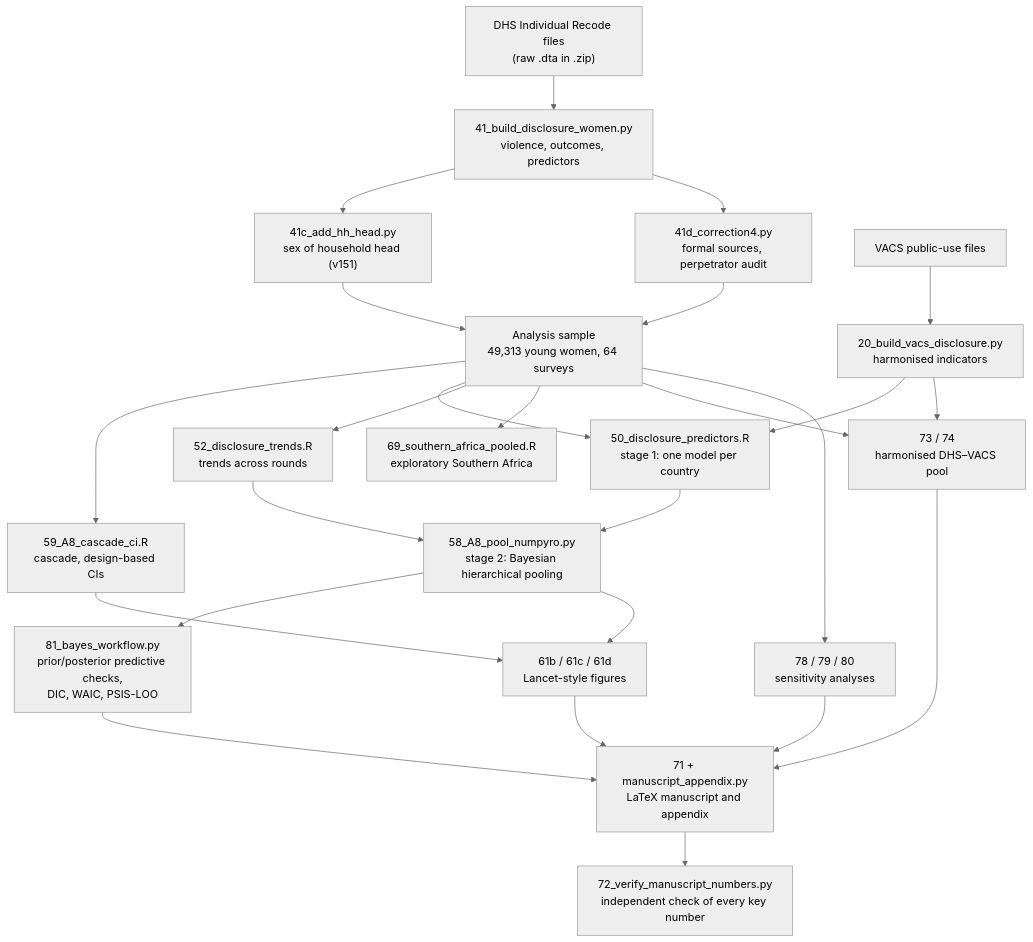
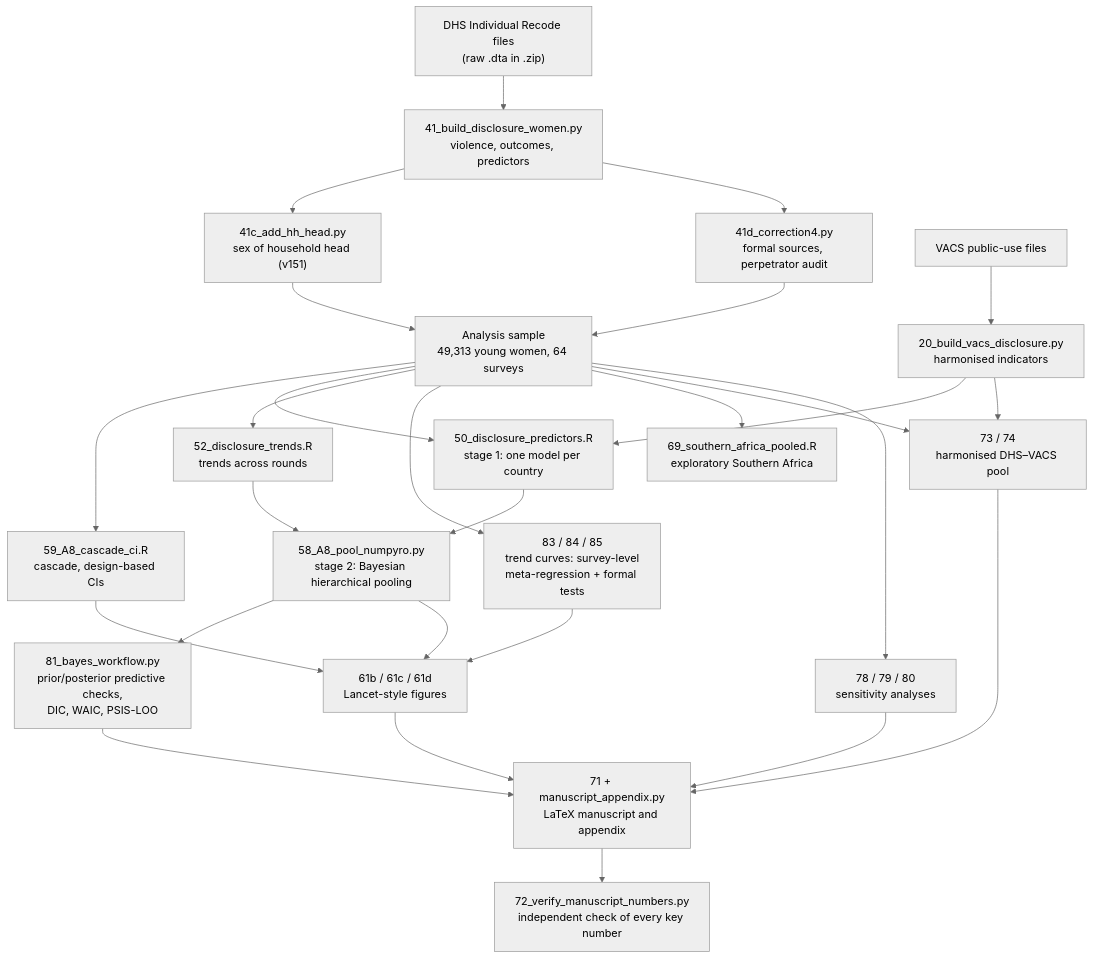
Before and after one commit to teklesam/disclosure-help-seeking-africa: the first of 3 diagrams in README.md, drawn with Mermaid (neutral theme). The commit also changed other lines of this file and 9 other files, not shown here.

Commit message:
Trends in disclosure and help-seeking 2004-2025: hierarchical meta-regression, formal tests, new figure; README updated

````diff
--- a/README.md
+++ b/README.md
@@ -38,27 +38,29 @@
 ```mermaid
 flowchart TD
     A1["DHS Individual Recode files<br/>(raw .dta in .zip)"] --> B1["41_build_disclosure_women.py<br/>violence, outcomes, predictors"]
     B1 --> B2["41c_add_hh_head.py<br/>sex of household head (v151)"]
     B1 --> B3["41d_correction4.py<br/>formal sources, perpetrator audit"]
     A2["VACS public-use files"] --> B4["20_build_vacs_disclosure.py<br/>harmonised indicators"]
     B2 --> D["Analysis sample<br/>49,313 young women, 64 surveys"]
     B3 --> D
     D --> E1["59_A8_cascade_ci.R<br/>cascade, design-based CIs"]
     D --> E2["50_disclosure_predictors.R<br/>stage 1: one model per country"]
     B4 --> E2
     E2 --> F1["58_A8_pool_numpyro.py<br/>stage 2: Bayesian hierarchical pooling"]
     D --> E3["52_disclosure_trends.R<br/>trends across rounds"]
+    D --> E5["83 / 84 / 85<br/>trend curves: survey-level<br/>meta-regression + formal tests"]
+    E5 --> I
     E3 --> F1
     D --> E4["69_southern_africa_pooled.R<br/>exploratory Southern Africa"]
     D --> G1["73 / 74<br/>harmonised DHS–VACS pool"]
     B4 --> G1
     F1 --> H1["81_bayes_workflow.py<br/>prior/posterior predictive checks,<br/>DIC, WAIC, PSIS-LOO"]
     D --> H2["78 / 79 / 80<br/>sensitivity analyses"]
     F1 --> I["61b / 61c / 61d<br/>Lancet-style figures"]
     E1 --> I
     H1 --> J["71 + manuscript_appendix.py<br/>LaTeX manuscript and appendix"]
     H2 --> J
     G1 --> J
     I --> J
     J --> K["72_verify_manuscript_numbers.py<br/>independent check of every key number"]
 ```
````
